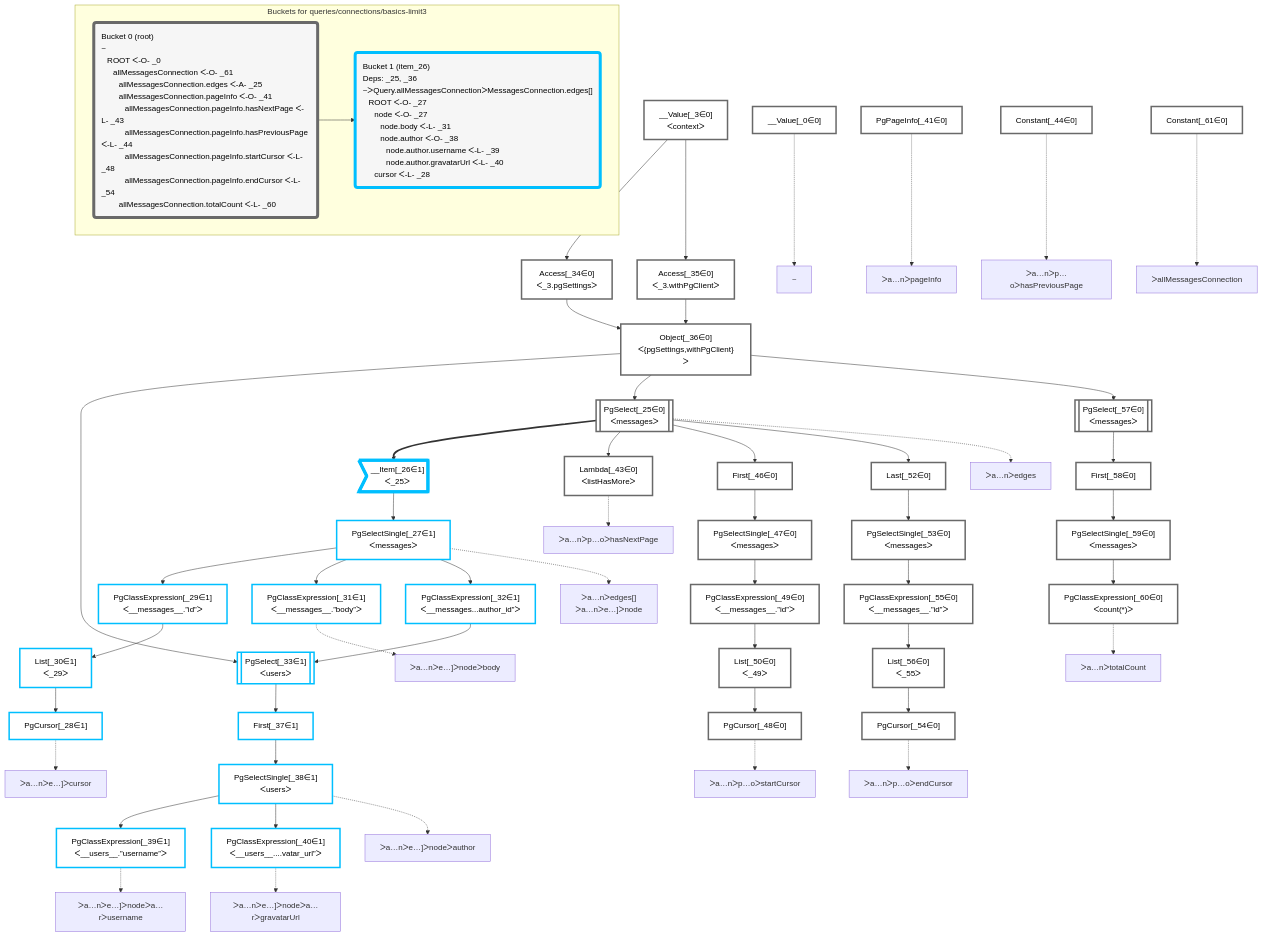
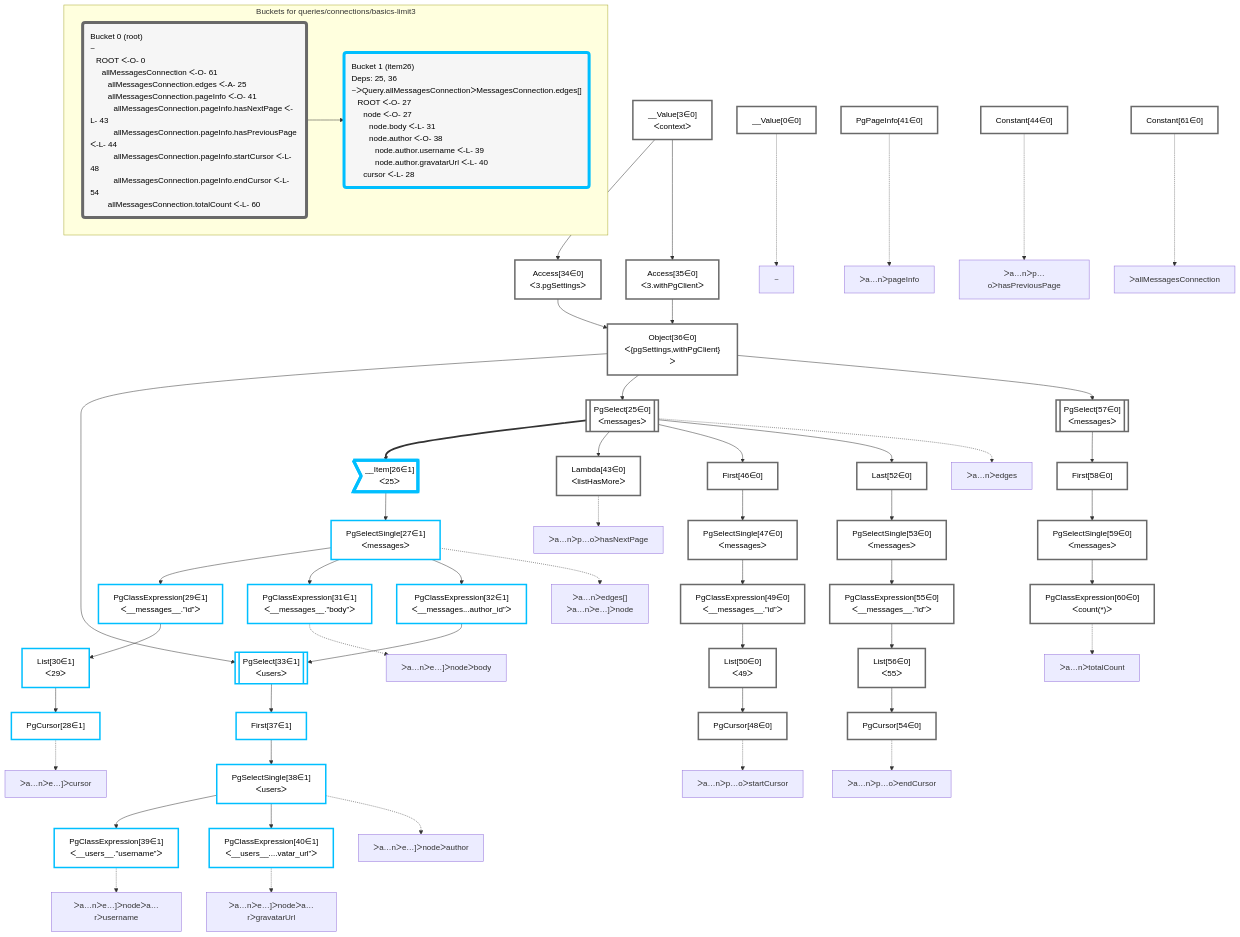
The diagram in packages/dataplan-pg/__tests__/queries/connections/basics-limit3.deopt.mermaid.md (graphile/crystal), drawn with Mermaid before and after one commit. The commit also changed 195 other files, not shown here.

````diff
--- a/packages/dataplan-pg/__tests__/queries/connections/basics-limit3.deopt.mermaid.md
+++ b/packages/dataplan-pg/__tests__/queries/connections/basics-limit3.deopt.mermaid.md
@@ -8,115 +8,115 @@
 
 
     %% define plans
-    __Value_0["__Value[_0∈0]"]:::plan
-    PgCursor_28["PgCursor[_28∈1]"]:::plan
-    List_30["List[_30∈1]<br />ᐸ_29ᐳ"]:::plan
-    PgClassExpression_29["PgClassExpression[_29∈1]<br />ᐸ__messages__.”id”ᐳ"]:::plan
-    PgClassExpression_31["PgClassExpression[_31∈1]<br />ᐸ__messages__.”body”ᐳ"]:::plan
-    PgClassExpression_39["PgClassExpression[_39∈1]<br />ᐸ__users__.”username”ᐳ"]:::plan
-    PgClassExpression_40["PgClassExpression[_40∈1]<br />ᐸ__users__....vatar_url”ᐳ"]:::plan
-    PgSelectSingle_38["PgSelectSingle[_38∈1]<br />ᐸusersᐳ"]:::plan
-    First_37["First[_37∈1]"]:::plan
-    PgSelect_33[["PgSelect[_33∈1]<br />ᐸusersᐳ"]]:::plan
-    PgClassExpression_32["PgClassExpression[_32∈1]<br />ᐸ__messages...author_id”ᐳ"]:::plan
-    PgSelectSingle_27["PgSelectSingle[_27∈1]<br />ᐸmessagesᐳ"]:::plan
-    __Item_26>"__Item[_26∈1]<br />ᐸ_25ᐳ"]:::itemplan
-    Lambda_43["Lambda[_43∈0]<br />ᐸlistHasMoreᐳ"]:::plan
-    PgCursor_48["PgCursor[_48∈0]"]:::plan
-    List_50["List[_50∈0]<br />ᐸ_49ᐳ"]:::plan
-    PgClassExpression_49["PgClassExpression[_49∈0]<br />ᐸ__messages__.”id”ᐳ"]:::plan
-    PgSelectSingle_47["PgSelectSingle[_47∈0]<br />ᐸmessagesᐳ"]:::plan
-    First_46["First[_46∈0]"]:::plan
-    PgCursor_54["PgCursor[_54∈0]"]:::plan
-    List_56["List[_56∈0]<br />ᐸ_55ᐳ"]:::plan
-    PgClassExpression_55["PgClassExpression[_55∈0]<br />ᐸ__messages__.”id”ᐳ"]:::plan
-    PgSelectSingle_53["PgSelectSingle[_53∈0]<br />ᐸmessagesᐳ"]:::plan
-    Last_52["Last[_52∈0]"]:::plan
-    PgSelect_25[["PgSelect[_25∈0]<br />ᐸmessagesᐳ"]]:::plan
-    PgClassExpression_60["PgClassExpression[_60∈0]<br />ᐸcount(*)ᐳ"]:::plan
-    PgSelectSingle_59["PgSelectSingle[_59∈0]<br />ᐸmessagesᐳ"]:::plan
-    First_58["First[_58∈0]"]:::plan
-    PgSelect_57[["PgSelect[_57∈0]<br />ᐸmessagesᐳ"]]:::plan
-    Object_36["Object[_36∈0]<br />ᐸ{pgSettings,withPgClient}ᐳ"]:::plan
-    Access_34["Access[_34∈0]<br />ᐸ_3.pgSettingsᐳ"]:::plan
-    Access_35["Access[_35∈0]<br />ᐸ_3.withPgClientᐳ"]:::plan
-    __Value_3["__Value[_3∈0]<br />ᐸcontextᐳ"]:::plan
-    Constant_61["Constant[_61∈0]"]:::plan
-    PgPageInfo_41["PgPageInfo[_41∈0]"]:::plan
-    Constant_44["Constant[_44∈0]"]:::plan
+    __Value0["__Value[0∈0]"]:::plan
+    PgCursor28["PgCursor[28∈1]"]:::plan
+    List30["List[30∈1]<br />ᐸ29ᐳ"]:::plan
+    PgClassExpression29["PgClassExpression[29∈1]<br />ᐸ__messages__.”id”ᐳ"]:::plan
+    PgClassExpression31["PgClassExpression[31∈1]<br />ᐸ__messages__.”body”ᐳ"]:::plan
+    PgClassExpression39["PgClassExpression[39∈1]<br />ᐸ__users__.”username”ᐳ"]:::plan
+    PgClassExpression40["PgClassExpression[40∈1]<br />ᐸ__users__....vatar_url”ᐳ"]:::plan
+    PgSelectSingle38["PgSelectSingle[38∈1]<br />ᐸusersᐳ"]:::plan
+    First37["First[37∈1]"]:::plan
+    PgSelect33[["PgSelect[33∈1]<br />ᐸusersᐳ"]]:::plan
+    PgClassExpression32["PgClassExpression[32∈1]<br />ᐸ__messages...author_id”ᐳ"]:::plan
+    PgSelectSingle27["PgSelectSingle[27∈1]<br />ᐸmessagesᐳ"]:::plan
+    __Item26>"__Item[26∈1]<br />ᐸ25ᐳ"]:::itemplan
+    Lambda43["Lambda[43∈0]<br />ᐸlistHasMoreᐳ"]:::plan
+    PgCursor48["PgCursor[48∈0]"]:::plan
+    List50["List[50∈0]<br />ᐸ49ᐳ"]:::plan
+    PgClassExpression49["PgClassExpression[49∈0]<br />ᐸ__messages__.”id”ᐳ"]:::plan
+    PgSelectSingle47["PgSelectSingle[47∈0]<br />ᐸmessagesᐳ"]:::plan
+    First46["First[46∈0]"]:::plan
+    PgCursor54["PgCursor[54∈0]"]:::plan
+    List56["List[56∈0]<br />ᐸ55ᐳ"]:::plan
+    PgClassExpression55["PgClassExpression[55∈0]<br />ᐸ__messages__.”id”ᐳ"]:::plan
+    PgSelectSingle53["PgSelectSingle[53∈0]<br />ᐸmessagesᐳ"]:::plan
+    Last52["Last[52∈0]"]:::plan
+    PgSelect25[["PgSelect[25∈0]<br />ᐸmessagesᐳ"]]:::plan
+    PgClassExpression60["PgClassExpression[60∈0]<br />ᐸcount(*)ᐳ"]:::plan
+    PgSelectSingle59["PgSelectSingle[59∈0]<br />ᐸmessagesᐳ"]:::plan
+    First58["First[58∈0]"]:::plan
+    PgSelect57[["PgSelect[57∈0]<br />ᐸmessagesᐳ"]]:::plan
+    Object36["Object[36∈0]<br />ᐸ{pgSettings,withPgClient}ᐳ"]:::plan
+    Access34["Access[34∈0]<br />ᐸ3.pgSettingsᐳ"]:::plan
+    Access35["Access[35∈0]<br />ᐸ3.withPgClientᐳ"]:::plan
+    __Value3["__Value[3∈0]<br />ᐸcontextᐳ"]:::plan
+    Constant61["Constant[61∈0]"]:::plan
+    PgPageInfo41["PgPageInfo[41∈0]"]:::plan
+    Constant44["Constant[44∈0]"]:::plan
 
     %% plan dependencies
-    List_30 --> PgCursor_28
-    PgClassExpression_29 --> List_30
-    PgSelectSingle_27 --> PgClassExpression_29
-    PgSelectSingle_27 --> PgClassExpression_31
-    PgSelectSingle_38 --> PgClassExpression_39
-    PgSelectSingle_38 --> PgClassExpression_40
-    First_37 --> PgSelectSingle_38
-    PgSelect_33 --> First_37
-    Object_36 & PgClassExpression_32 --> PgSelect_33
-    PgSelectSingle_27 --> PgClassExpression_32
-    __Item_26 --> PgSelectSingle_27
-    PgSelect_25 ==> __Item_26
-    PgSelect_25 --> Lambda_43
-    List_50 --> PgCursor_48
-    PgClassExpression_49 --> List_50
-    PgSelectSingle_47 --> PgClassExpression_49
-    First_46 --> PgSelectSingle_47
-    PgSelect_25 --> First_46
-    List_56 --> PgCursor_54
-    PgClassExpression_55 --> List_56
-    PgSelectSingle_53 --> PgClassExpression_55
-    Last_52 --> PgSelectSingle_53
-    PgSelect_25 --> Last_52
-    Object_36 --> PgSelect_25
-    PgSelectSingle_59 --> PgClassExpression_60
-    First_58 --> PgSelectSingle_59
-    PgSelect_57 --> First_58
-    Object_36 --> PgSelect_57
-    Access_34 & Access_35 --> Object_36
-    __Value_3 --> Access_34
-    __Value_3 --> Access_35
+    List30 --> PgCursor28
+    PgClassExpression29 --> List30
+    PgSelectSingle27 --> PgClassExpression29
+    PgSelectSingle27 --> PgClassExpression31
+    PgSelectSingle38 --> PgClassExpression39
+    PgSelectSingle38 --> PgClassExpression40
+    First37 --> PgSelectSingle38
+    PgSelect33 --> First37
+    Object36 & PgClassExpression32 --> PgSelect33
+    PgSelectSingle27 --> PgClassExpression32
+    __Item26 --> PgSelectSingle27
+    PgSelect25 ==> __Item26
+    PgSelect25 --> Lambda43
+    List50 --> PgCursor48
+    PgClassExpression49 --> List50
+    PgSelectSingle47 --> PgClassExpression49
+    First46 --> PgSelectSingle47
+    PgSelect25 --> First46
+    List56 --> PgCursor54
+    PgClassExpression55 --> List56
+    PgSelectSingle53 --> PgClassExpression55
+    Last52 --> PgSelectSingle53
+    PgSelect25 --> Last52
+    Object36 --> PgSelect25
+    PgSelectSingle59 --> PgClassExpression60
+    First58 --> PgSelectSingle59
+    PgSelect57 --> First58
+    Object36 --> PgSelect57
+    Access34 & Access35 --> Object36
+    __Value3 --> Access34
+    __Value3 --> Access35
 
     %% plan-to-path relationships
-    P_0["~"]
-    __Value_0 -.-> P_0
-    P_25["ᐳa…nᐳedges"]
-    PgSelect_25 -.-> P_25
-    P_27["ᐳa…nᐳedges[]<br />ᐳa…nᐳe…]ᐳnode"]
-    PgSelectSingle_27 -.-> P_27
-    P_28["ᐳa…nᐳe…]ᐳcursor"]
-    PgCursor_28 -.-> P_28
-    P_31["ᐳa…nᐳe…]ᐳnodeᐳbody"]
-    PgClassExpression_31 -.-> P_31
-    P_38["ᐳa…nᐳe…]ᐳnodeᐳauthor"]
-    PgSelectSingle_38 -.-> P_38
-    P_39["ᐳa…nᐳe…]ᐳnodeᐳa…rᐳusername"]
-    PgClassExpression_39 -.-> P_39
-    P_40["ᐳa…nᐳe…]ᐳnodeᐳa…rᐳgravatarUrl"]
-    PgClassExpression_40 -.-> P_40
-    P_41["ᐳa…nᐳpageInfo"]
-    PgPageInfo_41 -.-> P_41
-    P_43["ᐳa…nᐳp…oᐳhasNextPage"]
-    Lambda_43 -.-> P_43
-    P_44["ᐳa…nᐳp…oᐳhasPreviousPage"]
-    Constant_44 -.-> P_44
-    P_48["ᐳa…nᐳp…oᐳstartCursor"]
-    PgCursor_48 -.-> P_48
-    P_54["ᐳa…nᐳp…oᐳendCursor"]
-    PgCursor_54 -.-> P_54
-    P_60["ᐳa…nᐳtotalCount"]
-    PgClassExpression_60 -.-> P_60
-    P_61["ᐳallMessagesConnection"]
-    Constant_61 -.-> P_61
+    P0["~"]
+    __Value0 -.-> P0
+    P25["ᐳa…nᐳedges"]
+    PgSelect25 -.-> P25
+    P27["ᐳa…nᐳedges[]<br />ᐳa…nᐳe…]ᐳnode"]
+    PgSelectSingle27 -.-> P27
+    P28["ᐳa…nᐳe…]ᐳcursor"]
+    PgCursor28 -.-> P28
+    P31["ᐳa…nᐳe…]ᐳnodeᐳbody"]
+    PgClassExpression31 -.-> P31
+    P38["ᐳa…nᐳe…]ᐳnodeᐳauthor"]
+    PgSelectSingle38 -.-> P38
+    P39["ᐳa…nᐳe…]ᐳnodeᐳa…rᐳusername"]
+    PgClassExpression39 -.-> P39
+    P40["ᐳa…nᐳe…]ᐳnodeᐳa…rᐳgravatarUrl"]
+    PgClassExpression40 -.-> P40
+    P41["ᐳa…nᐳpageInfo"]
+    PgPageInfo41 -.-> P41
+    P43["ᐳa…nᐳp…oᐳhasNextPage"]
+    Lambda43 -.-> P43
+    P44["ᐳa…nᐳp…oᐳhasPreviousPage"]
+    Constant44 -.-> P44
+    P48["ᐳa…nᐳp…oᐳstartCursor"]
+    PgCursor48 -.-> P48
+    P54["ᐳa…nᐳp…oᐳendCursor"]
+    PgCursor54 -.-> P54
+    P60["ᐳa…nᐳtotalCount"]
+    PgClassExpression60 -.-> P60
+    P61["ᐳallMessagesConnection"]
+    Constant61 -.-> P61
 
     subgraph "Buckets for queries/connections/basics-limit3"
-    Bucket0("Bucket 0 (root)<br />~<br />⠀ROOT ᐸ-O- _0<br />⠀⠀allMessagesConnection ᐸ-O- _61<br />⠀⠀⠀allMessagesConnection.edges ᐸ-A- _25<br />⠀⠀⠀allMessagesConnection.pageInfo ᐸ-O- _41<br />⠀⠀⠀⠀allMessagesConnection.pageInfo.hasNextPage ᐸ-L- _43<br />⠀⠀⠀⠀allMessagesConnection.pageInfo.hasPreviousPage ᐸ-L- _44<br />⠀⠀⠀⠀allMessagesConnection.pageInfo.startCursor ᐸ-L- _48<br />⠀⠀⠀⠀allMessagesConnection.pageInfo.endCursor ᐸ-L- _54<br />⠀⠀⠀allMessagesConnection.totalCount ᐸ-L- _60"):::bucket
+    Bucket0("Bucket 0 (root)<br />~<br />⠀ROOT ᐸ-O- 0<br />⠀⠀allMessagesConnection ᐸ-O- 61<br />⠀⠀⠀allMessagesConnection.edges ᐸ-A- 25<br />⠀⠀⠀allMessagesConnection.pageInfo ᐸ-O- 41<br />⠀⠀⠀⠀allMessagesConnection.pageInfo.hasNextPage ᐸ-L- 43<br />⠀⠀⠀⠀allMessagesConnection.pageInfo.hasPreviousPage ᐸ-L- 44<br />⠀⠀⠀⠀allMessagesConnection.pageInfo.startCursor ᐸ-L- 48<br />⠀⠀⠀⠀allMessagesConnection.pageInfo.endCursor ᐸ-L- 54<br />⠀⠀⠀allMessagesConnection.totalCount ᐸ-L- 60"):::bucket
     classDef bucket0 stroke:#696969
-    class Bucket0,__Value_0,__Value_3,PgSelect_25,Access_34,Access_35,Object_36,PgPageInfo_41,Lambda_43,Constant_44,First_46,PgSelectSingle_47,PgCursor_48,PgClassExpression_49,List_50,Last_52,PgSelectSingle_53,PgCursor_54,PgClassExpression_55,List_56,PgSelect_57,First_58,PgSelectSingle_59,PgClassExpression_60,Constant_61 bucket0
-    Bucket1("Bucket 1 (item_26)<br />Deps: _25, _36<br />~ᐳQuery.allMessagesConnectionᐳMessagesConnection.edges[]<br />⠀ROOT ᐸ-O- _27<br />⠀⠀node ᐸ-O- _27<br />⠀⠀⠀node.body ᐸ-L- _31<br />⠀⠀⠀node.author ᐸ-O- _38<br />⠀⠀⠀⠀node.author.username ᐸ-L- _39<br />⠀⠀⠀⠀node.author.gravatarUrl ᐸ-L- _40<br />⠀⠀cursor ᐸ-L- _28"):::bucket
+    class Bucket0,__Value0,__Value3,PgSelect25,Access34,Access35,Object36,PgPageInfo41,Lambda43,Constant44,First46,PgSelectSingle47,PgCursor48,PgClassExpression49,List50,Last52,PgSelectSingle53,PgCursor54,PgClassExpression55,List56,PgSelect57,First58,PgSelectSingle59,PgClassExpression60,Constant61 bucket0
+    Bucket1("Bucket 1 (item26)<br />Deps: 25, 36<br />~ᐳQuery.allMessagesConnectionᐳMessagesConnection.edges[]<br />⠀ROOT ᐸ-O- 27<br />⠀⠀node ᐸ-O- 27<br />⠀⠀⠀node.body ᐸ-L- 31<br />⠀⠀⠀node.author ᐸ-O- 38<br />⠀⠀⠀⠀node.author.username ᐸ-L- 39<br />⠀⠀⠀⠀node.author.gravatarUrl ᐸ-L- 40<br />⠀⠀cursor ᐸ-L- 28"):::bucket
     classDef bucket1 stroke:#00bfff
-    class Bucket1,__Item_26,PgSelectSingle_27,PgCursor_28,PgClassExpression_29,List_30,PgClassExpression_31,PgClassExpression_32,PgSelect_33,First_37,PgSelectSingle_38,PgClassExpression_39,PgClassExpression_40 bucket1
+    class Bucket1,__Item26,PgSelectSingle27,PgCursor28,PgClassExpression29,List30,PgClassExpression31,PgClassExpression32,PgSelect33,First37,PgSelectSingle38,PgClassExpression39,PgClassExpression40 bucket1
     Bucket0 --> Bucket1
     end
 ```
````
